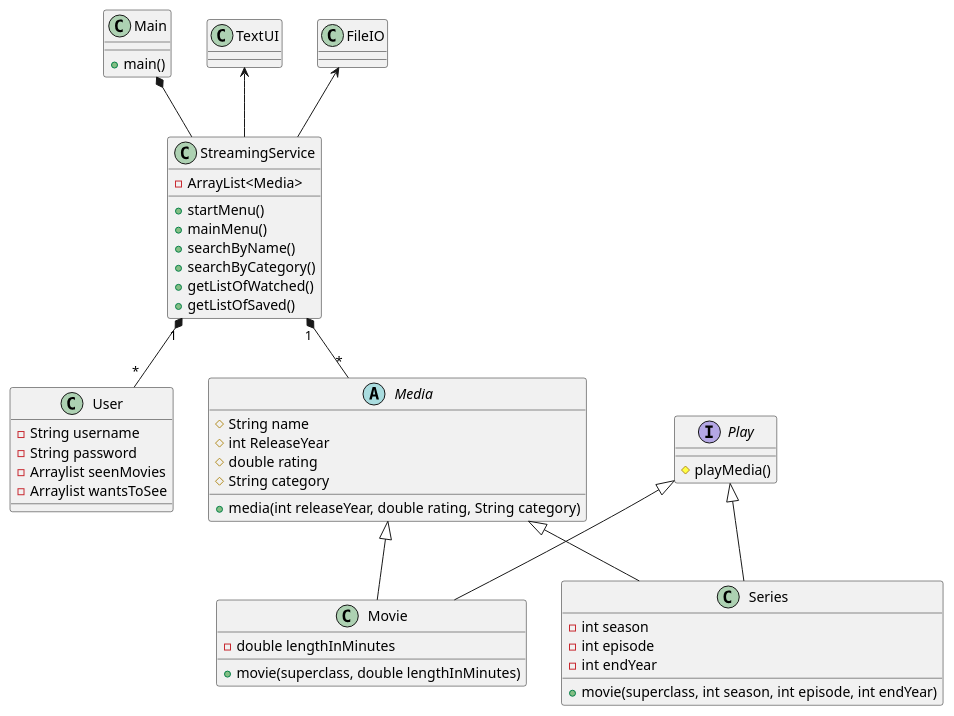
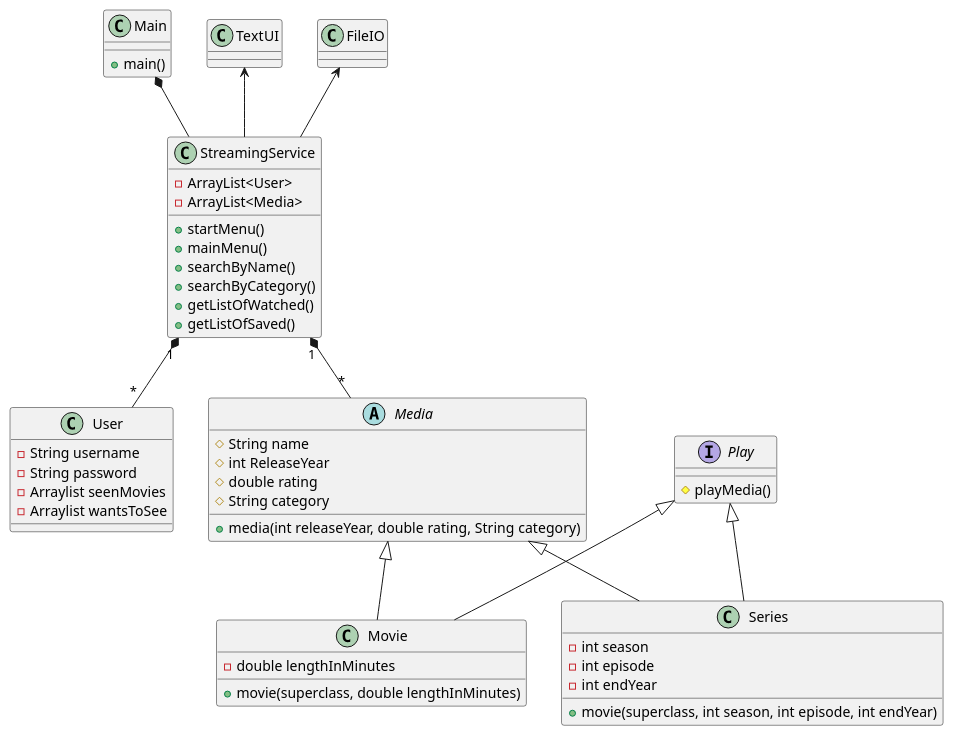
Before and after one commit to Eligoon/SP3_Gruppe_G: the diagram in src/SP3ClassDiagram v.1.puml, drawn with PlantUML.

```diff
--- a/src/SP3ClassDiagram v.1.puml
+++ b/src/SP3ClassDiagram v.1.puml
@@ -1,75 +1,76 @@
 @startuml
 'https://plantuml.com/class-diagram
 
 Main *-- StreamingService
 StreamingService "1" *-- "*" User
 StreamingService "1" *-- "*" Media
 Media <|-- Movie
 Media <|-- Series
 TextUI <--StreamingService
 FileIO <-- StreamingService
 Play <|-- Movie
 Play <|-- Series
 
 
 class Main
 {
 + main()
 }
 
 class StreamingService
 {
+ - ArrayList<User>
  - ArrayList<Media>
  + startMenu()
  + mainMenu()
  + searchByName()
  + searchByCategory()
  + getListOfWatched()
  + getListOfSaved()
 }
 
 abstract class Media
 {
 # String name
 # int ReleaseYear
 # double rating
 # String category
 + media(int releaseYear, double rating, String category)
 }
 
 class Movie
 {
 - double lengthInMinutes
 + movie(superclass, double lengthInMinutes)
 }
 
 class Series
 {
 - int season
 - int episode
 - int endYear
 + movie(superclass, int season, int episode, int endYear)
 }
 
 class User
 {
 - String username
 - String password
 - Arraylist seenMovies
 - Arraylist wantsToSee
 }
 
 class TextUI
 {
 }
 
 class FileIO
 {
 }
 
 interface Play
 {
 # playMedia()
 }
 
 @enduml
```
